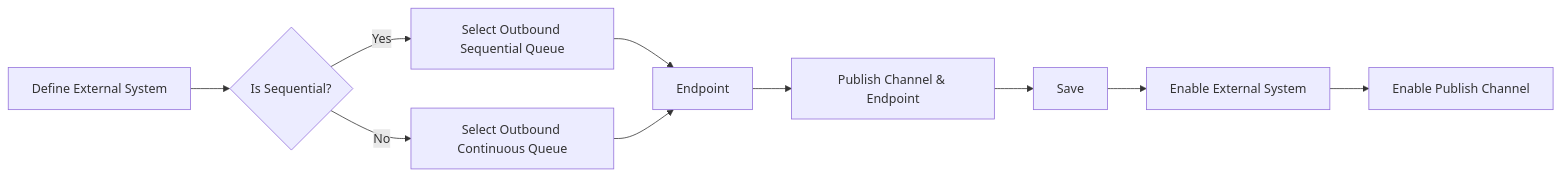
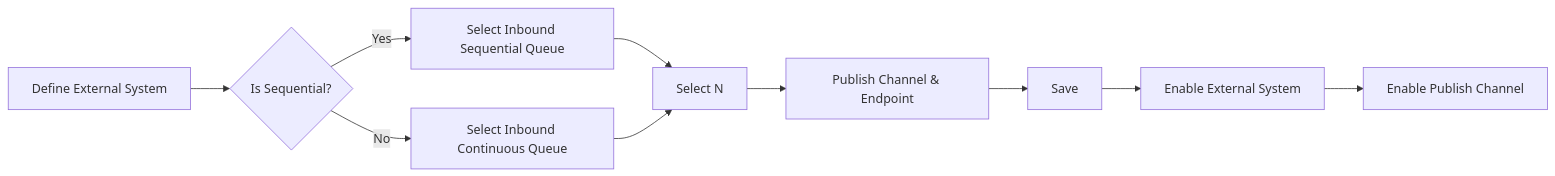
One commit to codersyacht/maximo-knowledge-center changed the second of 2 diagrams in maximo/docs/integration/external-systems.md. Above: the diagram before and after it, drawn with Mermaid. The commit also changed other lines of this file, not shown here.

````diff
--- a/maximo/docs/integration/external-systems.md
+++ b/maximo/docs/integration/external-systems.md
@@ -27,12 +38,12 @@
 ```mermaid
 graph LR
 A[Define External System] --> B{Is Sequential?}
-B --> |Yes| C[Select Outbound Sequential Queue]
-B --> |No| D[Select Outbound Continuous Queue]
-C --> E[Endpoint]
+B --> |Yes| C[Select Inbound Sequential Queue]
+B --> |No| D[Select Inbound Continuous Queue]
+C --> E[Select N]
 D --> E
 E --> F[Publish Channel & Endpoint]
 F --> G[Save]
 G --> H[Enable External System]
 H --> I[Enable Publish Channel]
 ```
````
